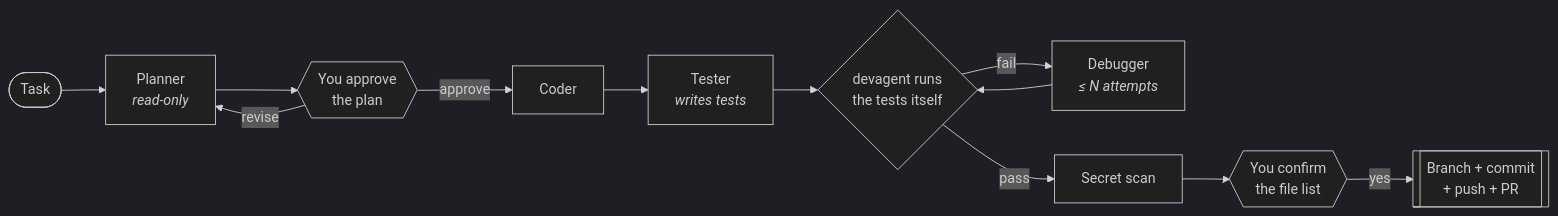
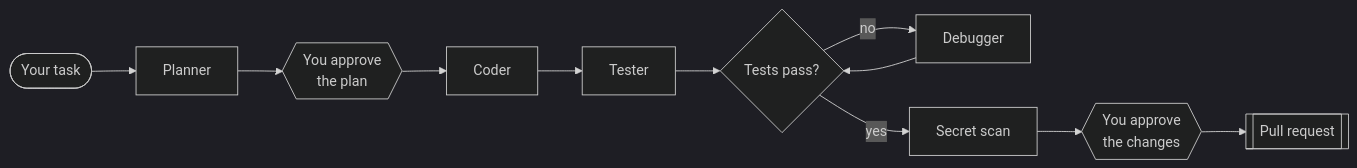
Before and after one commit to Khyalddinniazi/devagent: the diagram in README.md, drawn with Mermaid (dark theme). The commit also changed other lines of this file and 2 other files, not shown here.

````diff
--- a/README.md
+++ b/README.md
@@ -45,13 +15,12 @@
 ```mermaid
 flowchart LR
-    T([Task]) --> P[Planner<br/><i>read-only</i>]
+    T([Your task]) --> P[Planner]
     P --> G1{{You approve<br/>the plan}}
-    G1 -- revise --> P
-    G1 -- approve --> C[Coder]
-    C --> TE[Tester<br/><i>writes tests</i>]
-    TE --> R{devagent runs<br/>the tests itself}
-    R -- fail --> D[Debugger<br/><i>≤ N attempts</i>] --> R
-    R -- pass --> S[Secret scan]
-    S --> G2{{You confirm<br/>the file list}}
-    G2 -- yes --> PR[[Branch + commit<br/>+ push + PR]]
+    G1 --> C[Coder]
+    C --> TE[Tester]
+    TE --> R{Tests pass?}
+    R -- no --> D[Debugger] --> R
+    R -- yes --> S[Secret scan]
+    S --> G2{{You approve<br/>the changes}}
+    G2 --> PR[[Pull request]]
 ```
````
